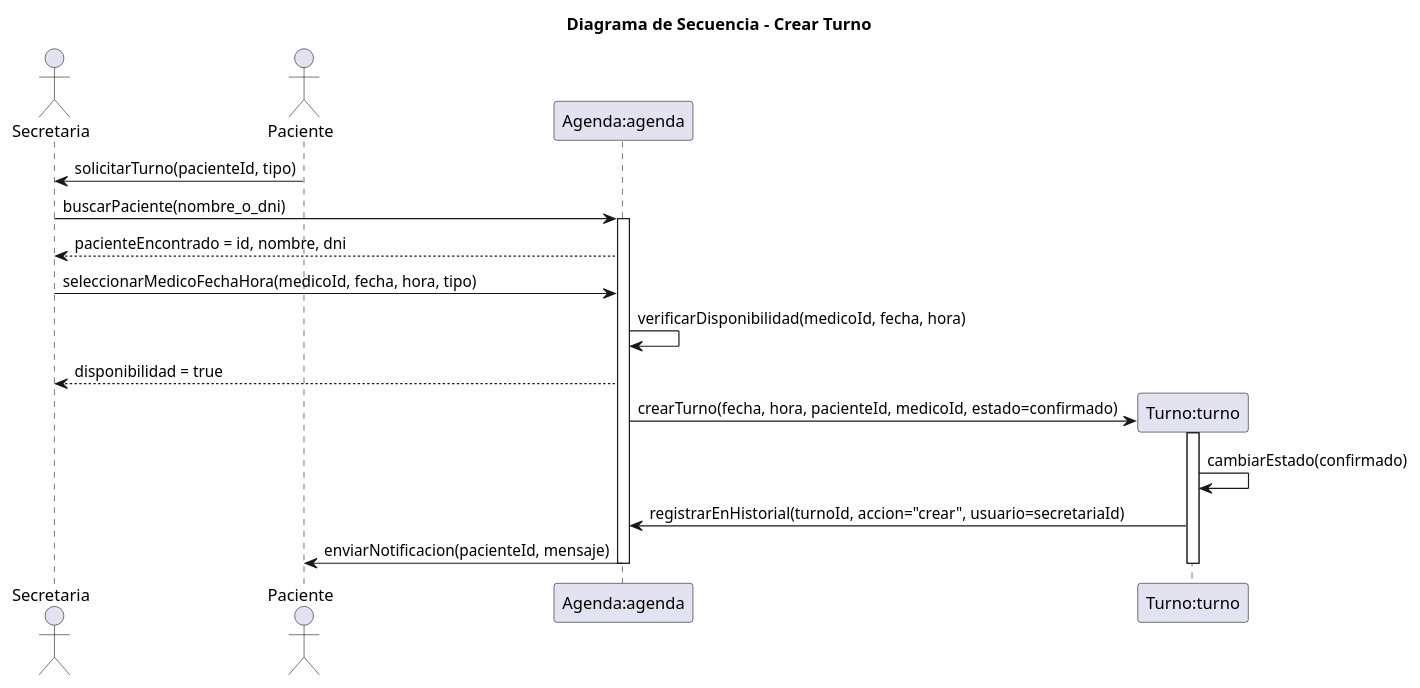
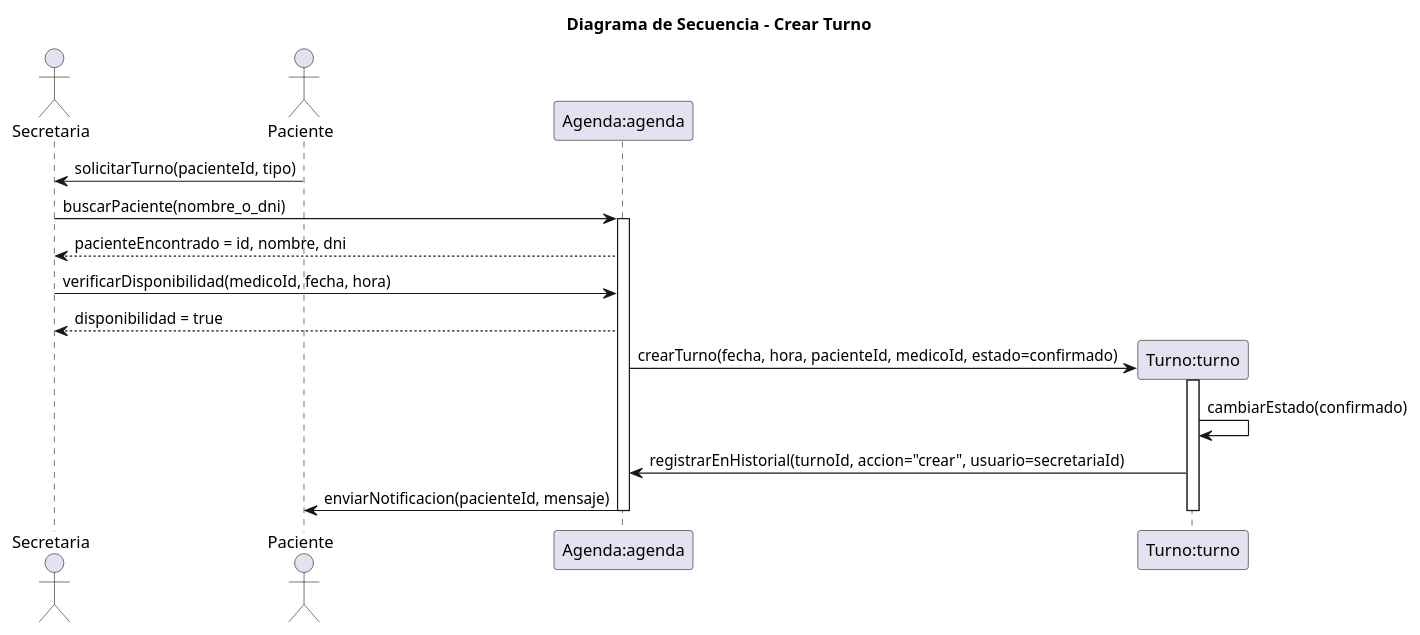
The diagram in diagramas/05-diagramas-secuencia/01-secuencia-crear-turno-03.puml (eternalnight04/SistemaTurnosMedicos), drawn with PlantUML before and after one commit. The commit also changed 5 other files, not shown here.

```diff
--- a/diagramas/05-diagramas-secuencia/01-secuencia-crear-turno-03.puml
+++ b/diagramas/05-diagramas-secuencia/01-secuencia-crear-turno-03.puml
@@ -1,35 +1,34 @@
 @startuml 01-secuencia-crear-turno-03
 
 title Diagrama de Secuencia - Crear Turno
 ' Nombre del escenario: Crear Turno - Flujo Principal
 ' Archivo: diagramas/03-escenarios-casos-de-uso/03-crear-turno-flujo-principal.md
 ' Objetivo: Representar la creación exitosa de un turno de control médico, involucrando secretaria, paciente y sistema, basado en responsabilidades de CRC (Secretaria gestiona turnos, Agenda registra disponibilidad, Turno asigna a paciente y médico).
 
 actor Secretaria as secretaria
 actor Paciente as paciente
 participant "Agenda:agenda" as agenda
 participant "Turno:turno" as turno
 
 paciente -> secretaria: solicitarTurno(pacienteId, tipo)
 
 secretaria -> agenda: buscarPaciente(nombre_o_dni)
 activate agenda
 
 agenda --> secretaria: pacienteEncontrado = id, nombre, dni
-secretaria -> agenda: seleccionarMedicoFechaHora(medicoId, fecha, hora, tipo)
+secretaria -> agenda: verificarDisponibilidad(medicoId, fecha, hora)
 
-agenda -> agenda: verificarDisponibilidad(medicoId, fecha, hora)
 agenda --> secretaria: disponibilidad = true
 
 create turno
 agenda -> turno: crearTurno(fecha, hora, pacienteId, medicoId, estado=confirmado)
 activate turno
 
 turno -> turno: cambiarEstado(confirmado)
 turno -> agenda: registrarEnHistorial(turnoId, accion="crear", usuario=secretariaId)
 
 agenda -> paciente: enviarNotificacion(pacienteId, mensaje)
 
 deactivate turno
 deactivate agenda
 @enduml
```
